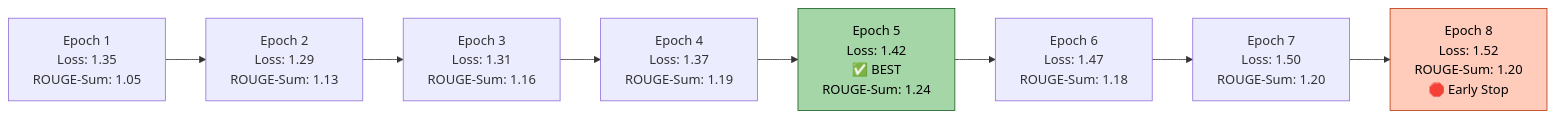
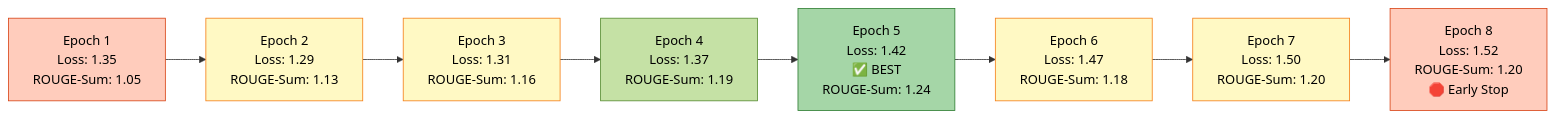
One commit to AIBootcamp14/naturallanguageprocessingcompetition-nlp-1 changed the fourth of 15 diagrams in docs/experiments/20251013_111525_strategy1_kobart_optimized_실험분석.md. Above: the diagram before and after it, drawn with Mermaid. The commit also changed other lines of this file, not shown here.

Commit message:
fix: 실험 분석 문서 mermaid 스타일 수정   - 모든 mermaid 다이어그램을 개별 노드 스타일 형식으로 변경   - subgraph 스타일 제거, 개별 노드별 색상 적용   - 20251012 문서 스타일 형식에 맞춰 통일   - experiments_style.md의 모든 예시 코드도 동일하게 수정

````diff
--- a/docs/experiments/20251013_111525_strategy1_kobart_optimized_실험분석.md
+++ b/docs/experiments/20251013_111525_strategy1_kobart_optimized_실험분석.md
@@ -213,13 +222,19 @@
 ```mermaid
 graph LR
     A[Epoch 1<br/>Loss: 1.35<br/>ROUGE-Sum: 1.05] --> B[Epoch 2<br/>Loss: 1.29<br/>ROUGE-Sum: 1.13]
     B --> C[Epoch 3<br/>Loss: 1.31<br/>ROUGE-Sum: 1.16]
     C --> D[Epoch 4<br/>Loss: 1.37<br/>ROUGE-Sum: 1.19]
     D --> E[Epoch 5<br/>Loss: 1.42<br/>✅ BEST<br/>ROUGE-Sum: 1.24]
     E --> F[Epoch 6<br/>Loss: 1.47<br/>ROUGE-Sum: 1.18]
     F --> G[Epoch 7<br/>Loss: 1.50<br/>ROUGE-Sum: 1.20]
     G --> H[Epoch 8<br/>Loss: 1.52<br/>ROUGE-Sum: 1.20<br/>🛑 Early Stop]
 
-    style E fill:#a5d6a7,stroke:#1b5e20,color:#000
-    style H fill:#ffccbc,stroke:#bf360c,color:#000
+    style A fill:#ffccbc,stroke:#d84315,color:#000
+    style B fill:#fff9c4,stroke:#f57f17,color:#000
+    style C fill:#fff9c4,stroke:#f57f17,color:#000
+    style D fill:#c5e1a5,stroke:#558b2f,color:#000
+    style E fill:#a5d6a7,stroke:#2e7d32,color:#000
+    style F fill:#fff9c4,stroke:#f57f17,color:#000
+    style G fill:#fff9c4,stroke:#f57f17,color:#000
+    style H fill:#ffccbc,stroke:#d84315,color:#000
 ```
````
